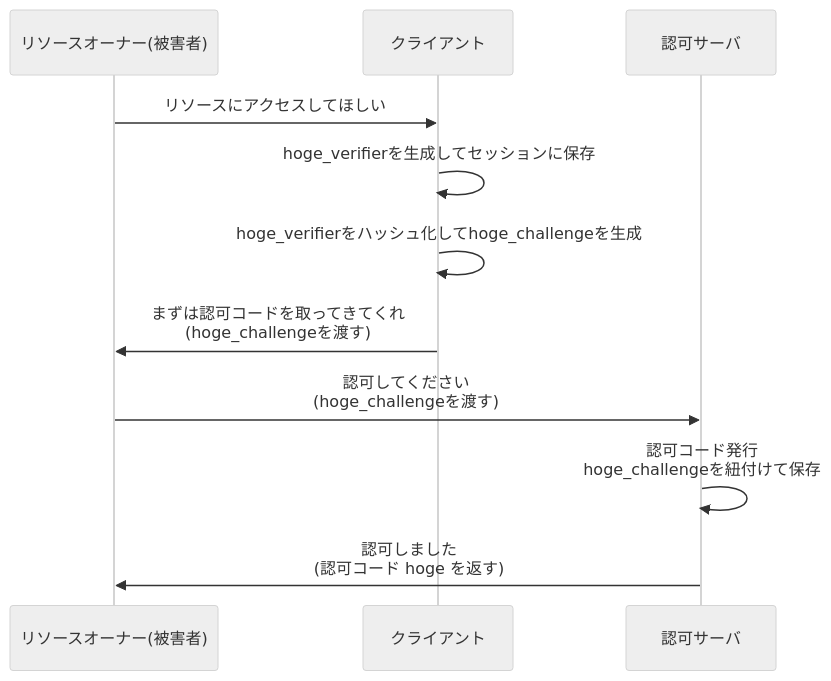
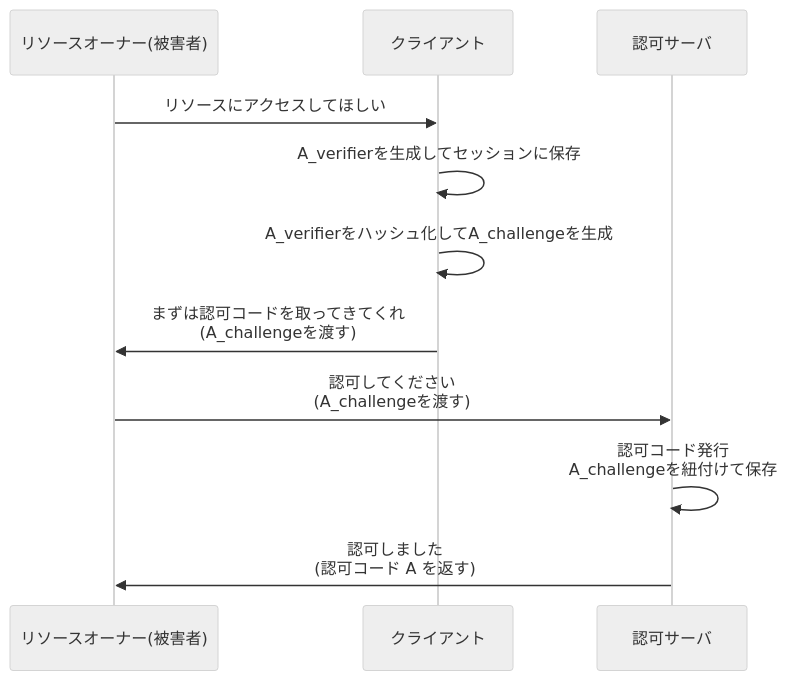
Diagram 11 of 20 in articles/5e8da6c491e720.md (calloc134/zenn-dir), drawn with Mermaid (neutral theme) before and after one commit. The commit also changed other lines of this file, not shown here.

Commit message:
hoge/fugaが読みづらいのでA/Bに変更

````diff
--- a/articles/5e8da6c491e720.md
+++ b/articles/5e8da6c491e720.md
@@ -1091,17 +1091,17 @@
 ```mermaid
 sequenceDiagram
     participant リソースオーナー(被害者)
     participant クライアント
     participant 認可サーバ
 
     リソースオーナー(被害者)->>クライアント: リソースにアクセスしてほしい
-    クライアント->>クライアント: hoge_verifierを生成してセッションに保存
-    クライアント->>クライアント: hoge_verifierをハッシュ化してhoge_challengeを生成
-    クライアント->>リソースオーナー(被害者): まずは認可コードを取ってきてくれ<br>(hoge_challengeを渡す)
-    リソースオーナー(被害者)->>認可サーバ: 認可してください<br>(hoge_challengeを渡す)
-    認可サーバ->>認可サーバ: 認可コード発行<br>hoge_challengeを紐付けて保存
-    認可サーバ->>リソースオーナー(被害者): 認可しました<br>(認可コード hoge を返す)
+    クライアント->>クライアント: A_verifierを生成してセッションに保存
+    クライアント->>クライアント: A_verifierをハッシュ化してA_challengeを生成
+    クライアント->>リソースオーナー(被害者): まずは認可コードを取ってきてくれ<br>(A_challengeを渡す)
+    リソースオーナー(被害者)->>認可サーバ: 認可してください<br>(A_challengeを渡す)
+    認可サーバ->>認可サーバ: 認可コード発行<br>A_challengeを紐付けて保存
+    認可サーバ->>リソースオーナー(被害者): 認可しました<br>(認可コード A を返す)
 
 
 
 ```
````
